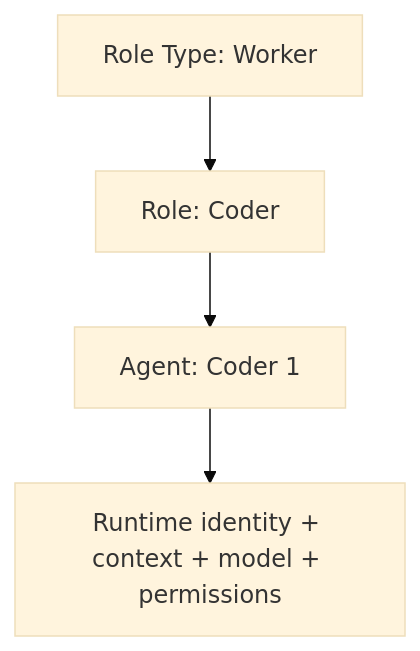
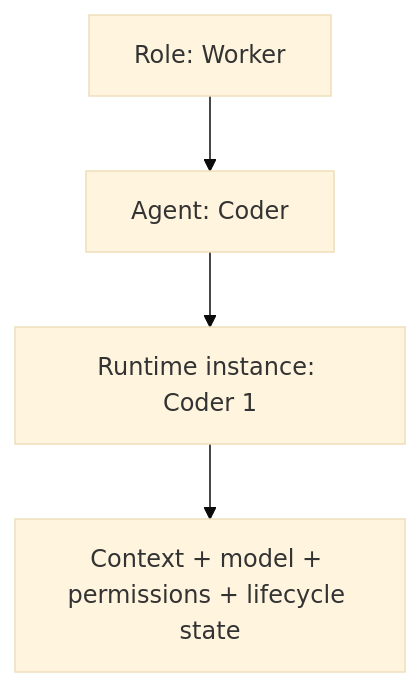
The second of 4 diagrams in README.md (starodubtsevconsulting/ai-workflows), drawn with Mermaid (base theme) before and after one commit. The commit also changed other lines of this file, not shown here.

Commit message:
Link Profile vocabulary to AI Profile repository and simplify role terminology

````diff
--- a/README.md
+++ b/README.md
@@ -42,6 +41,6 @@
 ```mermaid
 flowchart TD
-  Type["Role Type: Worker"] --> Role["Role: Coder"]
-  Role --> Agent["Agent: Coder 1"]
-  Agent --> Runtime["Runtime identity + context + model + permissions"]
+  Role["Role: Worker"] --> Agent["Agent: Coder"]
+  Agent --> Runtime["Runtime instance: Coder 1"]
+  Runtime --> Config["Context + model + permissions + lifecycle state"]
 ```
````
